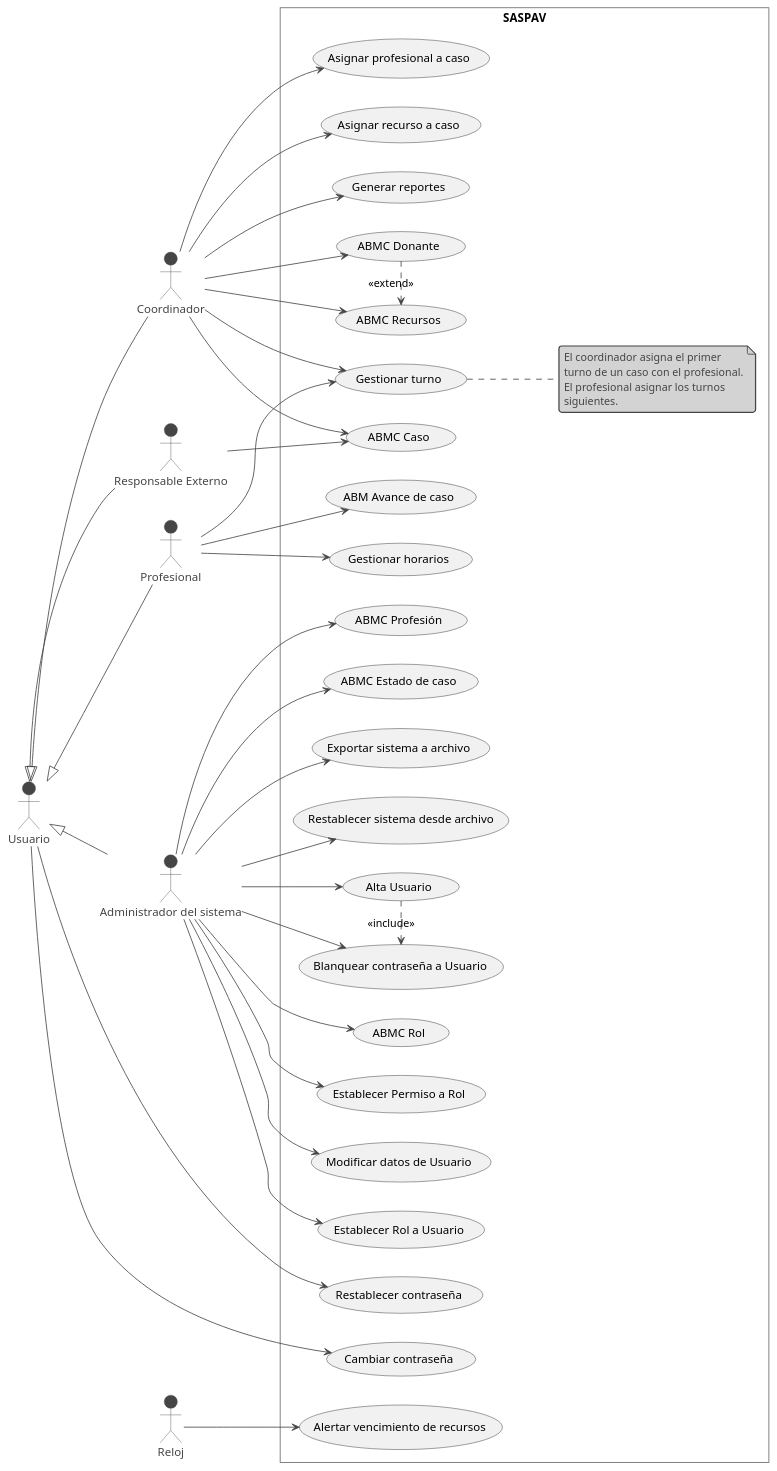
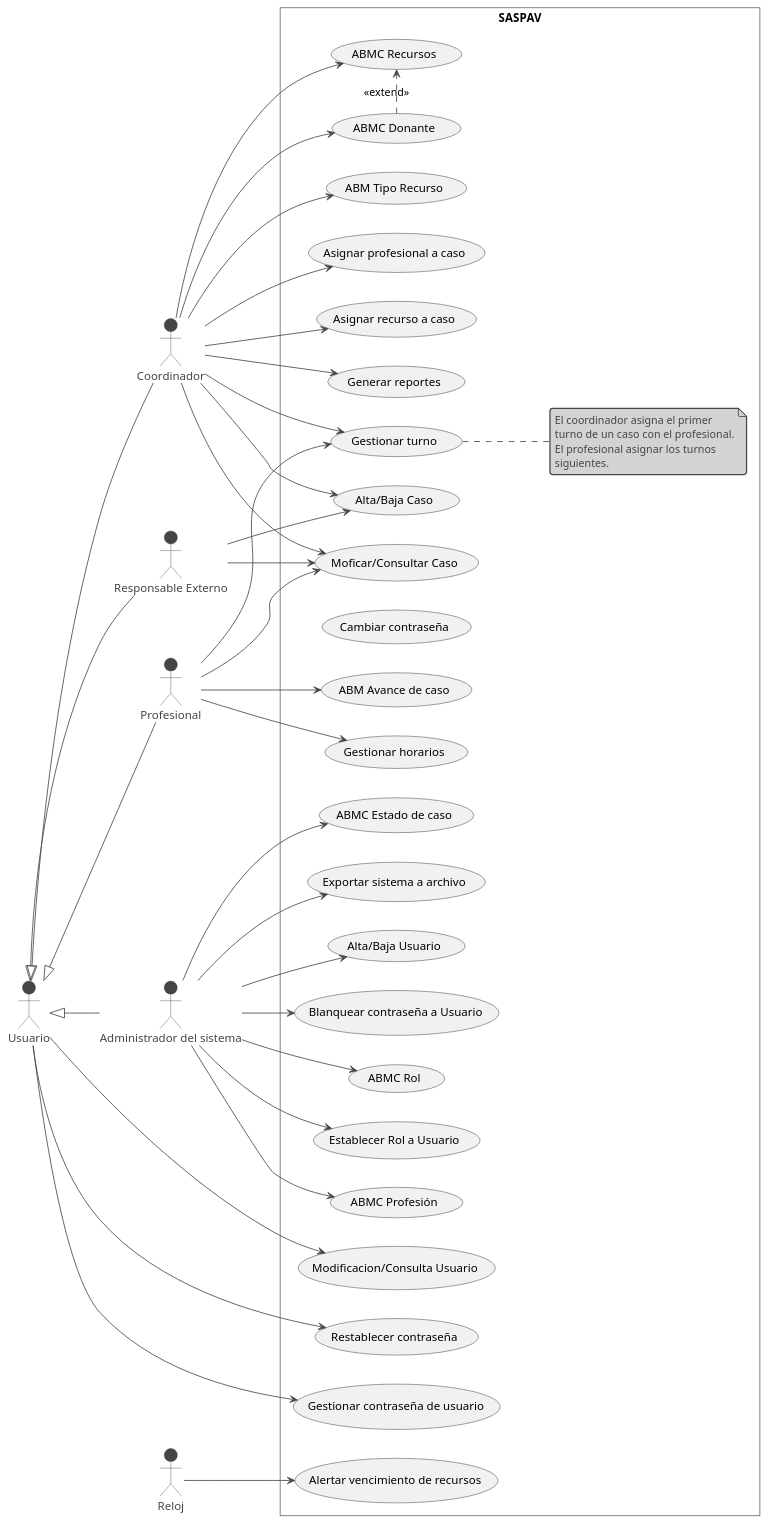
The diagram in docs/diagramas/mcu.puml (MDKi/saspav), drawn with PlantUML before and after one commit. The commit also changed 1 other file, not shown here.

```diff
--- a/docs/diagramas/mcu.puml
+++ b/docs/diagramas/mcu.puml
@@ -1,91 +1,98 @@
 @startuml CasosUso
 
 !theme vibrant
 skinparam monochrome true
 
 skinparam style strictuml
 left to right direction
 
 ' -----------------
 ' | Actores       |
 ' -----------------
 
 actor "Usuario" as usuario
 
 actor Coordinador as coord
 actor Profesional as pro
 actor "Responsable Externo" as eti
 actor "Administrador del sistema" as admin
 actor "Reloj" as reloj
 ' coord --|> usuario
 ' pro --|> usuario
 ' eti --|> usuario
 ' admin --|> usuario
 usuario <|-- coord
 usuario <|-- pro
 usuario <|-- eti
 usuario <|-- admin
 
 ' -----------------
 ' | Casos de uso  |
 ' -----------------
 rectangle SASPAV {
 (Gestionar turno) as abmturno
-(ABMC Caso) as abmccaso
-(Alta Usuario) as altausuario
+(Alta/Baja Caso) as abcaso
+(Moficar/Consultar Caso) as mccaso
+(Alta/Baja Usuario) as altabajausuario
+(Modificacion/Consulta Usuario) as modificacionconsulta
 (ABMC Donante) as abmcdonante
 (Blanquear contraseña a Usuario) as blanquearcontraseña
 (Restablecer contraseña) as restablecercontraseña
 (Cambiar contraseña) as cambiarcontraseña
+(Gestionar contraseña de usuario) as gestionarcontraseña
 (ABMC Recursos) as abmcrecursos
+(ABM Tipo Recurso) as tiporecurso
 
 pro --> abmturno
 coord --> abmturno
 coord --> abmcdonante
+pro --> mccaso
 pro --> (ABM Avance de caso)
 pro --> (Gestionar horarios)
-coord --> abmccaso
-eti --> abmccaso
+coord --> abcaso
+coord --> mccaso
+coord --> tiporecurso
+eti --> abcaso
+eti --> mccaso
 coord --> (Asignar profesional a caso)
 coord --> (Asignar recurso a caso)
 coord --> abmcrecursos
 coord --> (Generar reportes)
 
 admin --> (ABMC Rol)
-admin --> (Establecer Permiso a Rol)
-admin --> altausuario
 admin --> blanquearcontraseña
-admin --> (Modificar datos de Usuario)
+admin --> altabajausuario
 admin --> (Establecer Rol a Usuario)
 admin --> (ABMC Profesión)
 admin --> (ABMC Estado de caso)
 admin --> (Exportar sistema a archivo)
-admin --> (Restablecer sistema desde archivo)
+' admin --> (Restablecer sistema desde archivo)
 
 usuario --> restablecercontraseña
-usuario --> cambiarcontraseña
+usuario --> modificacionconsulta
+usuario --> gestionarcontraseña
 
 reloj --> (Alertar vencimiento de recursos)
 
-altausuario .> blanquearcontraseña: "<<include>>"
+' altausuario .> blanquearcontraseña: "<<include>>"
 abmcdonante .> abmcrecursos: "<<extend>>"
 
 ' remove blanquearcontraseña
 ' remove restablecercontraseña
 ' remove cambiarcontraseña
 
 ' -----------------
 ' | Notas         |
 ' -----------------
 
 note as notaturno
 El coordinador asigna el primer
 turno de un caso con el profesional.
 El profesional asignar los turnos
 siguientes.
 end note
 abmturno .. notaturno
 
 }
 
 @enduml
```
